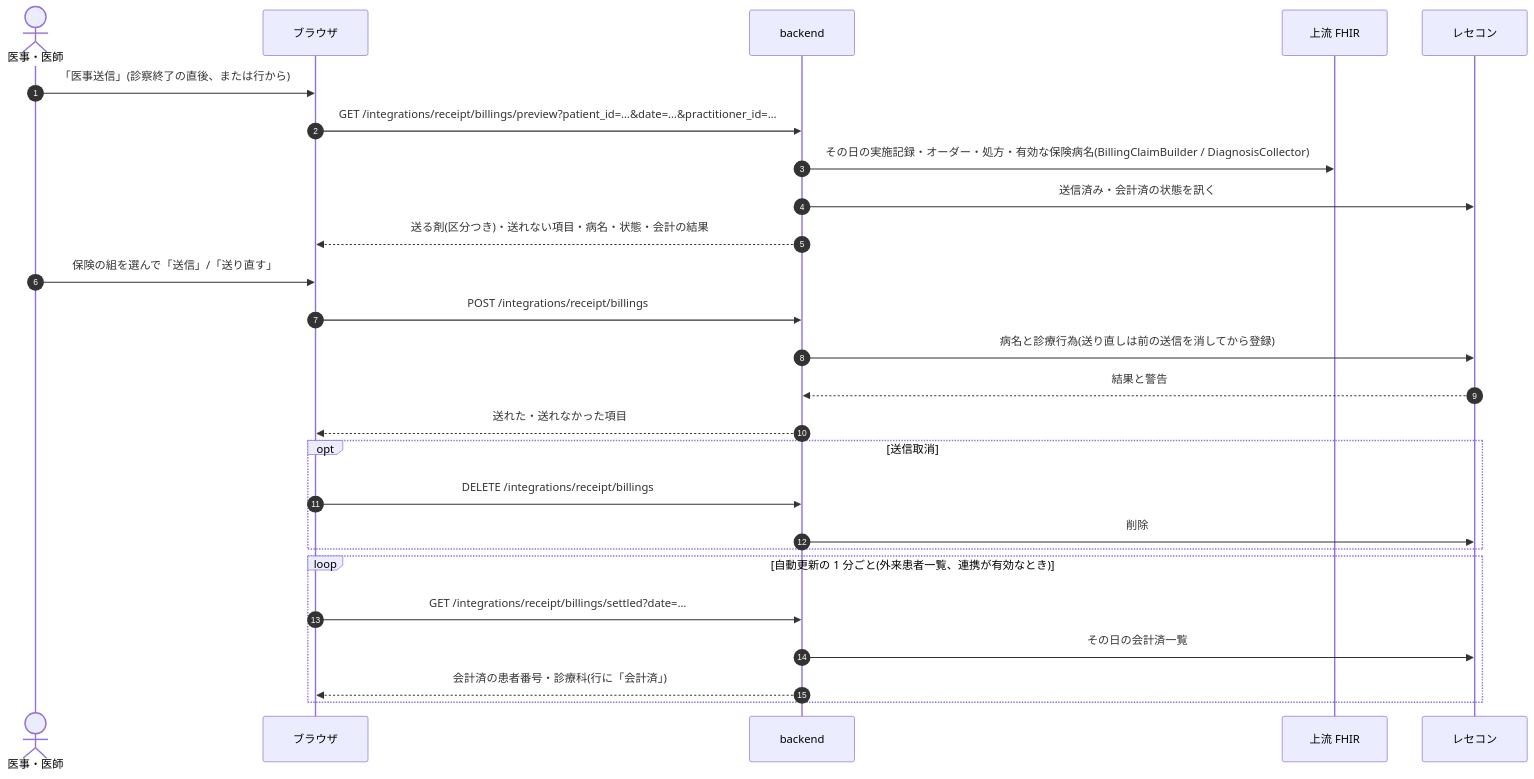
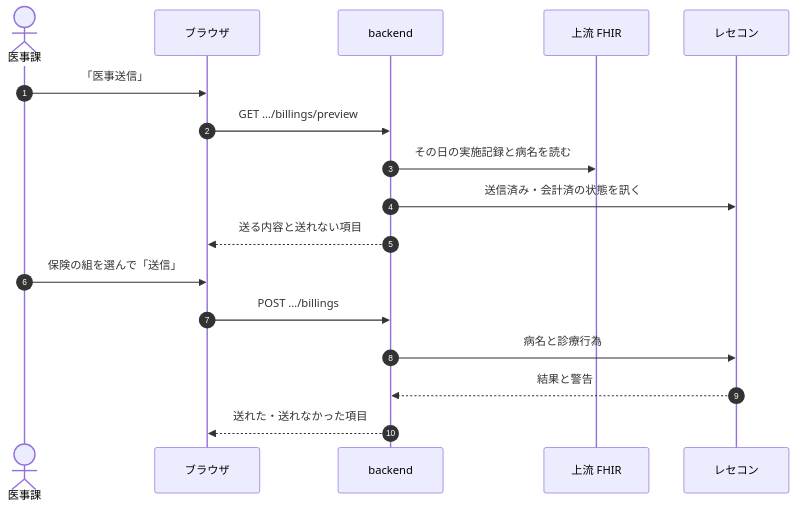
One commit to ysnr-dev/fhir-client-docs changed diagram 11 of 11 in docs/dev/outpatient.md. Above: the diagram before and after it, drawn with Mermaid. The commit also changed other lines of this file and 43 other files, not shown here.

Commit message:
docs: 業務フローとシーケンス図を写し直し

````diff
--- a/docs/dev/outpatient.md
+++ b/docs/dev/outpatient.md
@@ -185,29 +383,20 @@
 ```mermaid
 sequenceDiagram
   autonumber
-  actor Mc as 医事・医師
+  actor Mc as 医事課
   participant UI as ブラウザ
   participant BE as backend
   participant FHIR as 上流 FHIR
   participant RC as レセコン
 
-  Mc->>UI: 「医事送信」(診察終了の直後、または行から)
-  UI->>BE: GET /integrations/receipt/billings/preview?patient_id=…&date=…&practitioner_id=…
-  BE->>FHIR: その日の実施記録・オーダー・処方・有効な保険病名(BillingClaimBuilder / DiagnosisCollector)
+  Mc->>UI: 「医事送信」
+  UI->>BE: GET …/billings/preview
+  BE->>FHIR: その日の実施記録と病名を読む
   BE->>RC: 送信済み・会計済の状態を訊く
-  BE-->>UI: 送る剤(区分つき)・送れない項目・病名・状態・会計の結果
-  Mc->>UI: 保険の組を選んで「送信」/「送り直す」
-  UI->>BE: POST /integrations/receipt/billings
-  BE->>RC: 病名と診療行為(送り直しは前の送信を消してから登録)
+  BE-->>UI: 送る内容と送れない項目
+  Mc->>UI: 保険の組を選んで「送信」
+  UI->>BE: POST …/billings
+  BE->>RC: 病名と診療行為
   RC-->>BE: 結果と警告
   BE-->>UI: 送れた・送れなかった項目
-  opt 送信取消
-    UI->>BE: DELETE /integrations/receipt/billings
-    BE->>RC: 削除
-  end
-  loop 自動更新の 1 分ごと(外来患者一覧、連携が有効なとき)
-    UI->>BE: GET /integrations/receipt/billings/settled?date=…
-    BE->>RC: その日の会計済一覧
-    BE-->>UI: 会計済の患者番号・診療科(行に「会計済」)
-  end
 ```
````
